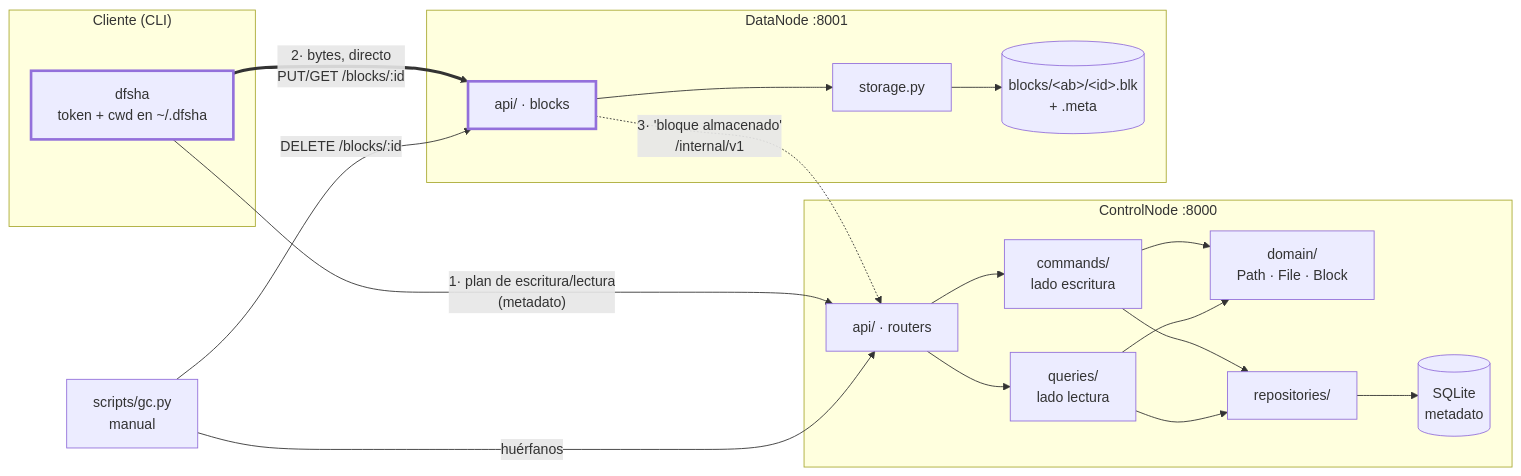
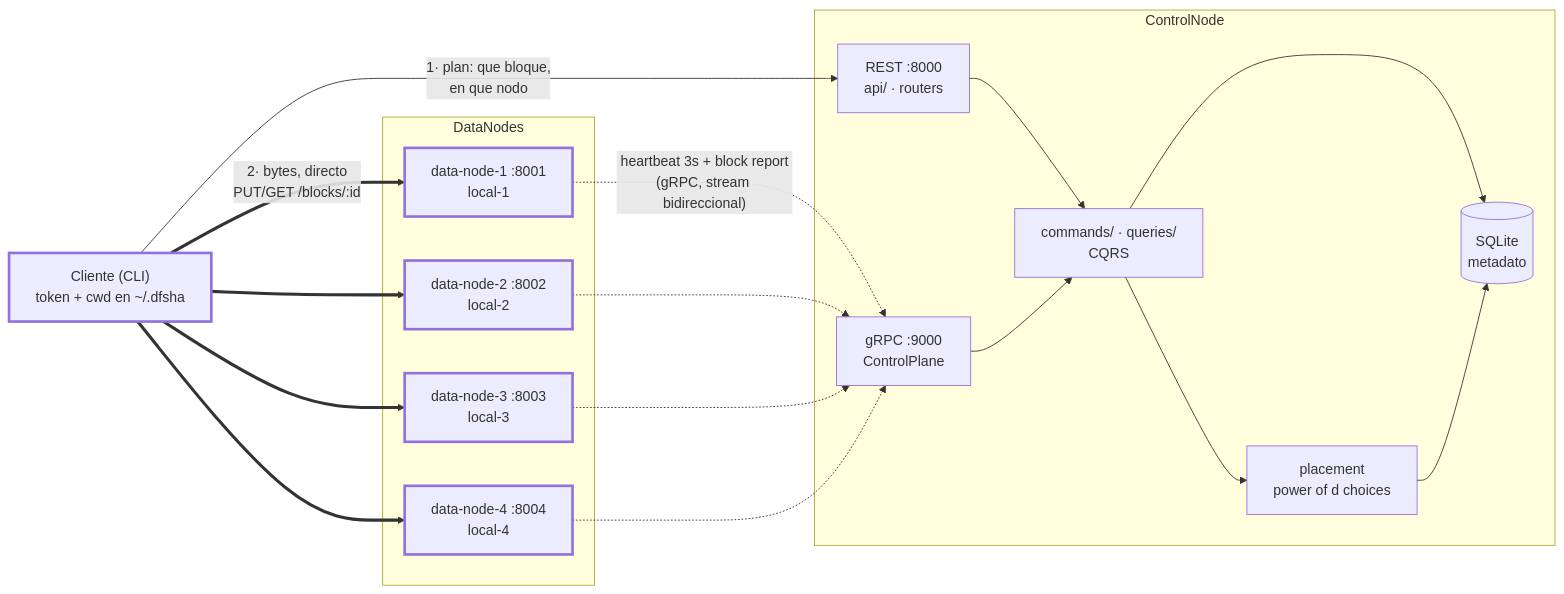
Before and after one commit to tsepulvedf/DFSha-Telematica-: the first of 2 diagrams in README.md, drawn with Mermaid. The commit also changed other lines of this file and 6 other files, not shown here.

````diff
--- a/README.md
+++ b/README.md
@@ -145,37 +159,38 @@
 ```mermaid
 flowchart LR
-    subgraph cliente["Cliente (CLI)"]
-        CLI["dfsha<br/>token + cwd en ~/.dfsha"]
+    CLI["Cliente (CLI)<br/>token + cwd en ~/.dfsha"]
+
+    subgraph control["ControlNode"]
+        REST["REST :8000<br/>api/ · routers"]
+        GRPC["gRPC :9000<br/>ControlPlane"]
+        CMD["commands/ · queries/<br/>CQRS"]
+        PLACE["placement<br/>power of d choices"]
+        DB[("SQLite<br/>metadato")]
+        REST --> CMD
+        GRPC --> CMD
+        CMD --> PLACE
+        CMD --> DB
+        PLACE --> DB
     end
 
-    subgraph control["ControlNode :8000"]
-        API["api/ · routers"]
-        CMD["commands/<br/>lado escritura"]
-        QRY["queries/<br/>lado lectura"]
-        DOM["domain/<br/>Path · File · Block"]
-        REPO["repositories/"]
-        DB[("SQLite<br/>metadato")]
-        API --> CMD & QRY
-        CMD & QRY --> DOM
-        CMD & QRY --> REPO
-        REPO --> DB
+    subgraph datos["DataNodes"]
+        DN1["data-node-1 :8001<br/>local-1"]
+        DN2["data-node-2 :8002<br/>local-2"]
+        DN3["data-node-3 :8003<br/>local-3"]
+        DN4["data-node-4 :8004<br/>local-4"]
     end
 
-    subgraph datos["DataNode :8001"]
-        BLK["api/ · blocks"]
-        ST["storage.py"]
-        DISK[("blocks/&lt;ab&gt;/&lt;id&gt;.blk<br/>+ .meta")]
-        BLK --> ST --> DISK
-    end
+    CLI -- "1· plan: que bloque,<br/>en que nodo" --> REST
+    CLI == "2· bytes, directo<br/>PUT/GET /blocks/:id" ==> DN1
+    CLI == " " ==> DN2
+    CLI == " " ==> DN3
+    CLI == " " ==> DN4
 
-    GC["scripts/gc.py<br/>manual"]
-
-    CLI -- "1· plan de escritura/lectura<br/>(metadato)" --> API
-    CLI == "2· bytes, directo<br/>PUT/GET /blocks/:id" ==> BLK
-    BLK -. "3· 'bloque almacenado'<br/>/internal/v1" .-> API
-    GC -- "huérfanos" --> API
-    GC -- "DELETE /blocks/:id" --> BLK
+    DN1 -. "heartbeat 3s + block report<br/>(gRPC, stream bidireccional)" .-> GRPC
+    DN2 -. " " .-> GRPC
+    DN3 -. " " .-> GRPC
+    DN4 -. " " .-> GRPC
 
     classDef bytes stroke-width:3px
-    class CLI,BLK bytes
+    class CLI,DN1,DN2,DN3,DN4 bytes
 ```
````
